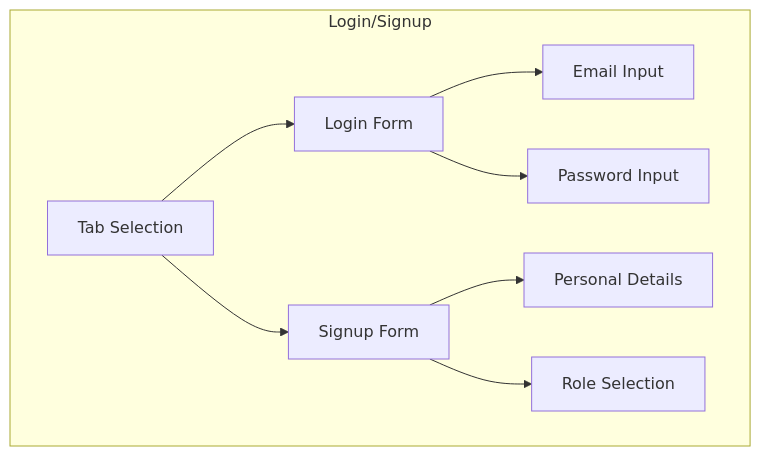
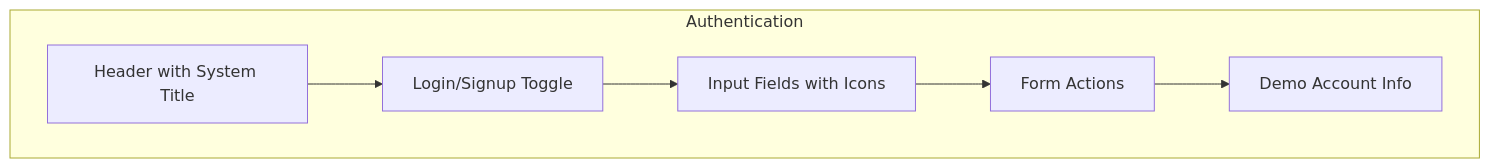
Before and after one commit to Vaniahchristian/eczema-diagnosis-advisory: the fifth of 7 diagrams in SDD.md, drawn with Mermaid. The commit also changed other lines of this file and 7 other files, not shown here.

````diff
--- a/SDD.md
+++ b/SDD.md
@@ -517,11 +454,9 @@
 ```mermaid
 graph TD
-    subgraph Login/Signup
-        A[Tab Selection] --> B[Login Form]
-        A --> C[Signup Form]
-        B --> D[Email Input]
-        B --> E[Password Input]
-        C --> F[Personal Details]
-        C --> G[Role Selection]
+    subgraph Authentication
+        A[Header with System Title] --> B[Login/Signup Toggle]
+        B --> C[Input Fields with Icons]
+        C --> D[Form Actions]
+        D --> E[Demo Account Info]
     end
 ```
````
